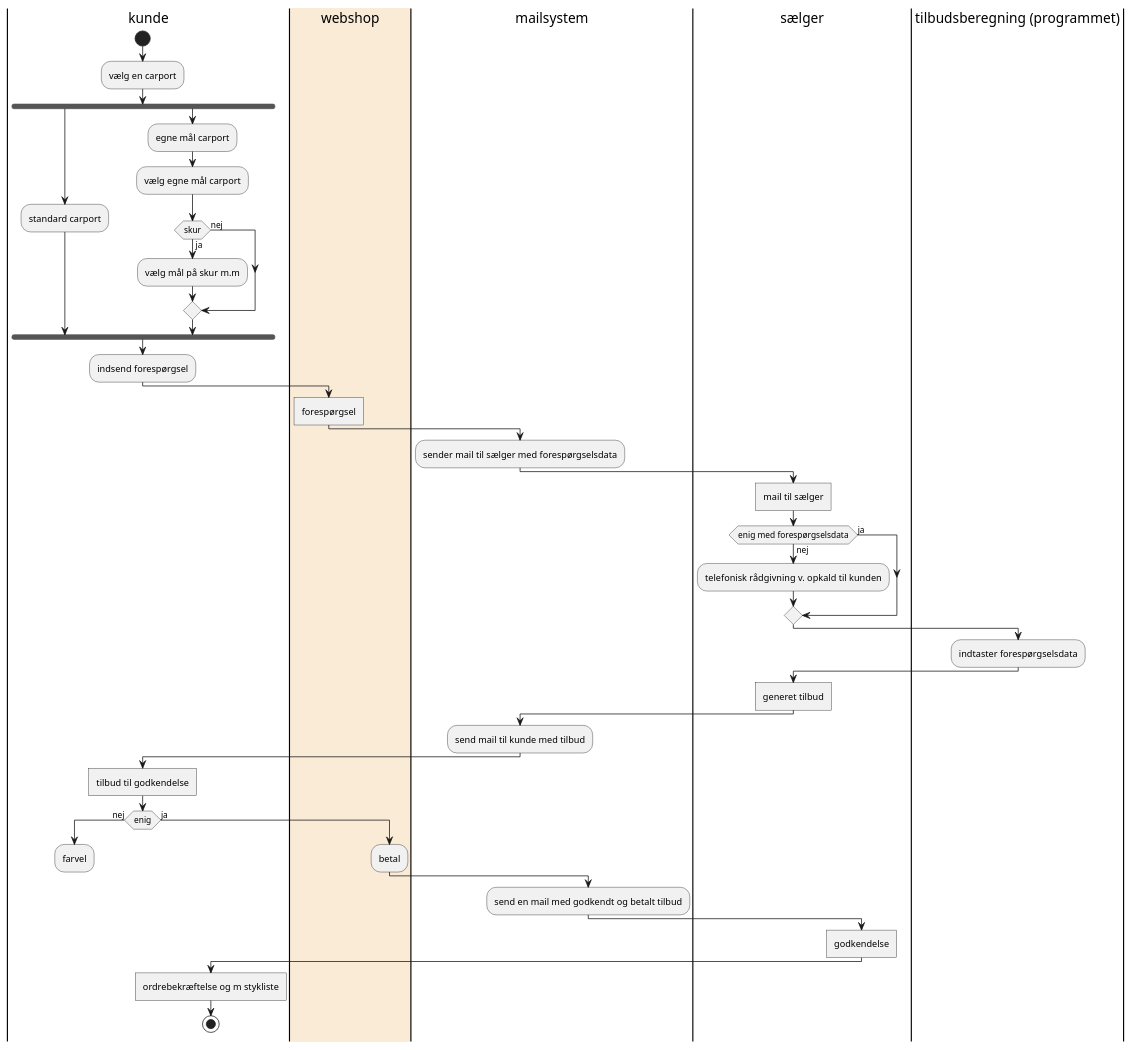
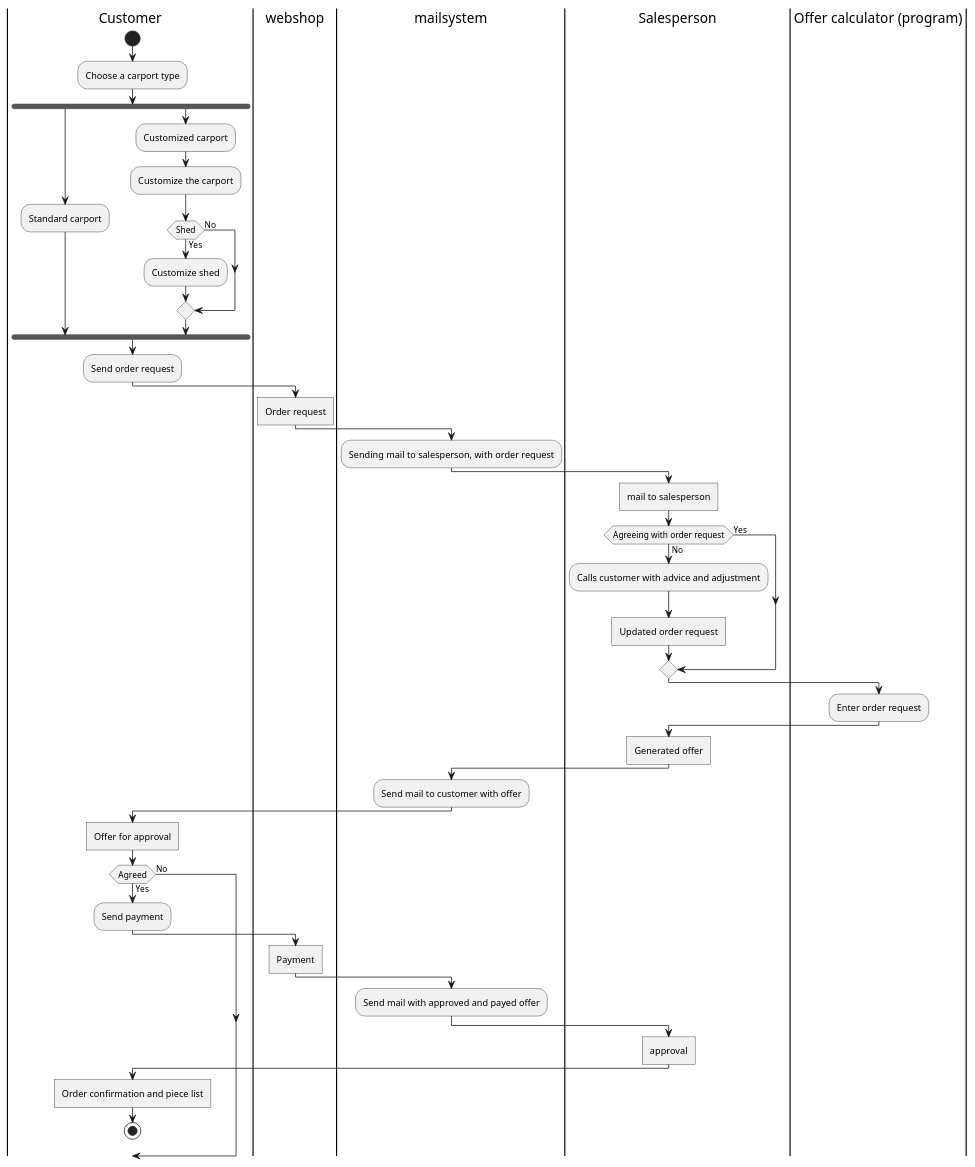
Before and after one commit to FruSchwencke/Fog_2024: the diagram in src/main/resources/Persistence/AsIs.puml, drawn with PlantUML.

Commit message:
Updated AsIs - translated version

```diff
--- a/src/main/resources/Persistence/AsIs.puml
+++ b/src/main/resources/Persistence/AsIs.puml
@@ -1,56 +1,57 @@
 @startuml
-|kunde|
+|Customer|
 start
-:vælg en carport;
+:Choose a carport type;
 fork
-:standard carport;
+:Standard carport;
 fork again
-:egne mål carport;
-:vælg egne mål carport;
-if  (skur) then (ja)
-:vælg mål på skur m.m;
+:Customized carport;
+:Customize the carport;
+if  (Shed) then (Yes)
+:Customize shed;
 
-else (nej)
+else (No)
 endif
 endfork
-:indsend forespørgsel;
-|#AntiqueWhite|webshop|
-:forespørgsel]
+:Send order request;
+|webshop|
+:Order request]
 |mailsystem|
-:sender mail til sælger med forespørgselsdata;
-|sælger|
-:mail til sælger]
-if (enig med forespørgselsdata) then (nej)
-:telefonisk rådgivning v. opkald til kunden;
+:Sending mail to salesperson, with order request;
+|Salesperson|
+:mail to salesperson]
+if (Agreeing with order request) then (No)
+:Calls customer with advice and adjustment;
+:Updated order request]
 
 
 
-|tilbudsberegning (programmet)|
-else (ja)
+|Offer calculator (program)|
+else (Yes)
 endif
-:indtaster forespørgselsdata;
+:Enter order request;
 
-|sælger|
-:generet tilbud]
+|Salesperson|
+:Generated offer]
 
 |mailsystem|
-:send mail til kunde med tilbud;
-|kunde|
+:Send mail to customer with offer;
+|Customer|
 
-:tilbud til godkendelse]
-if (enig) then (nej)
-:farvel;
-kill
+:Offer for approval]
+if (Agreed) then (No)
 
-else (ja)
+
+else (Yes)
+:Send payment;
 |webshop|
-:betal;
+:Payment]
 |mailsystem|
-:send en mail med godkendt og betalt tilbud;
-|sælger|
-:godkendelse]
+:Send mail with approved and payed offer;
+|Salesperson|
+:approval]
 
-|kunde|
-:ordrebekræftelse og m stykliste]
+|Customer|
+:Order confirmation and piece list]
 stop
 @enduml
```
